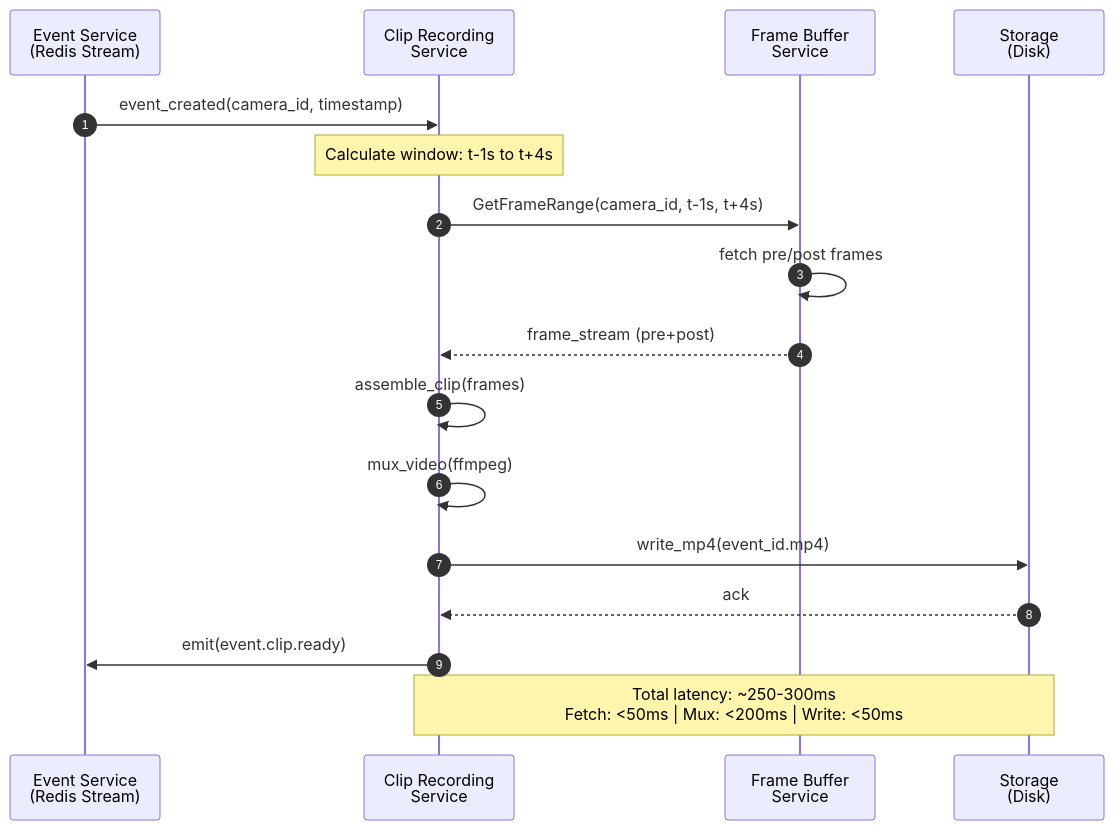
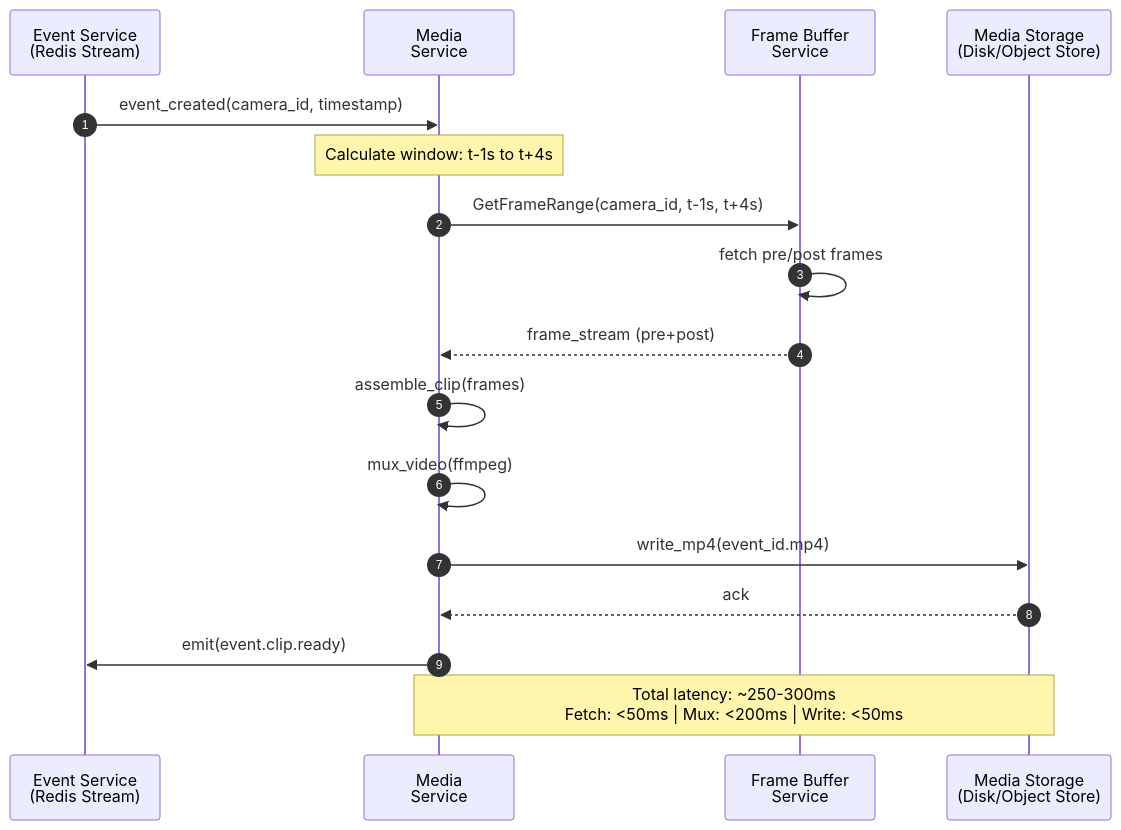
Before and after one commit to talifruman/camera-recognition: the third of 4 diagrams in doc/system.md, drawn with Mermaid. The commit also changed other lines of this file and 41 other files, not shown here.

Commit message:
docs: update media architecture and mermaid service diagram

````diff
--- a/doc/system.md
+++ b/doc/system.md
@@ -242,24 +223,24 @@
 ```mermaid
 sequenceDiagram
 	autonumber
 	participant EventService as Event Service<br/>(Redis Stream)
-	participant ClipRecorder as Clip Recording<br/>Service
+	participant MediaService as Media<br/>Service
 	participant FrameBuffer as Frame Buffer<br/>Service
-	participant Storage as Storage<br/>(Disk)
+	participant Disk as Media Storage<br/>(Disk/Object Store)
 
-	EventService->>ClipRecorder: event_created(camera_id, timestamp)
-	Note over ClipRecorder: Calculate window: t-1s to t+4s
+	EventService->>MediaService: event_created(camera_id, timestamp)
+	Note over MediaService: Calculate window: t-1s to t+4s
 	
-	ClipRecorder->>FrameBuffer: GetFrameRange(camera_id, t-1s, t+4s)
+	MediaService->>FrameBuffer: GetFrameRange(camera_id, t-1s, t+4s)
 	FrameBuffer->>FrameBuffer: fetch pre/post frames
-	FrameBuffer-->>ClipRecorder: frame_stream (pre+post)
+	FrameBuffer-->>MediaService: frame_stream (pre+post)
 	
-	ClipRecorder->>ClipRecorder: assemble_clip(frames)
-	ClipRecorder->>ClipRecorder: mux_video(ffmpeg)
-	ClipRecorder->>Storage: write_mp4(event_id.mp4)
-	Storage-->>ClipRecorder: ack
+	MediaService->>MediaService: assemble_clip(frames)
+	MediaService->>MediaService: mux_video(ffmpeg)
+	MediaService->>Disk: write_mp4(event_id.mp4)
+	Disk-->>MediaService: ack
 	
-	ClipRecorder->>EventService: emit(event.clip.ready)
+	MediaService->>EventService: emit(event.clip.ready)
 
-	Note over ClipRecorder,Storage: Total latency: ~250-300ms<br/>Fetch: <50ms | Mux: <200ms | Write: <50ms
+	Note over MediaService,Disk: Total latency: ~250-300ms<br/>Fetch: <50ms | Mux: <200ms | Write: <50ms
 ```
````
